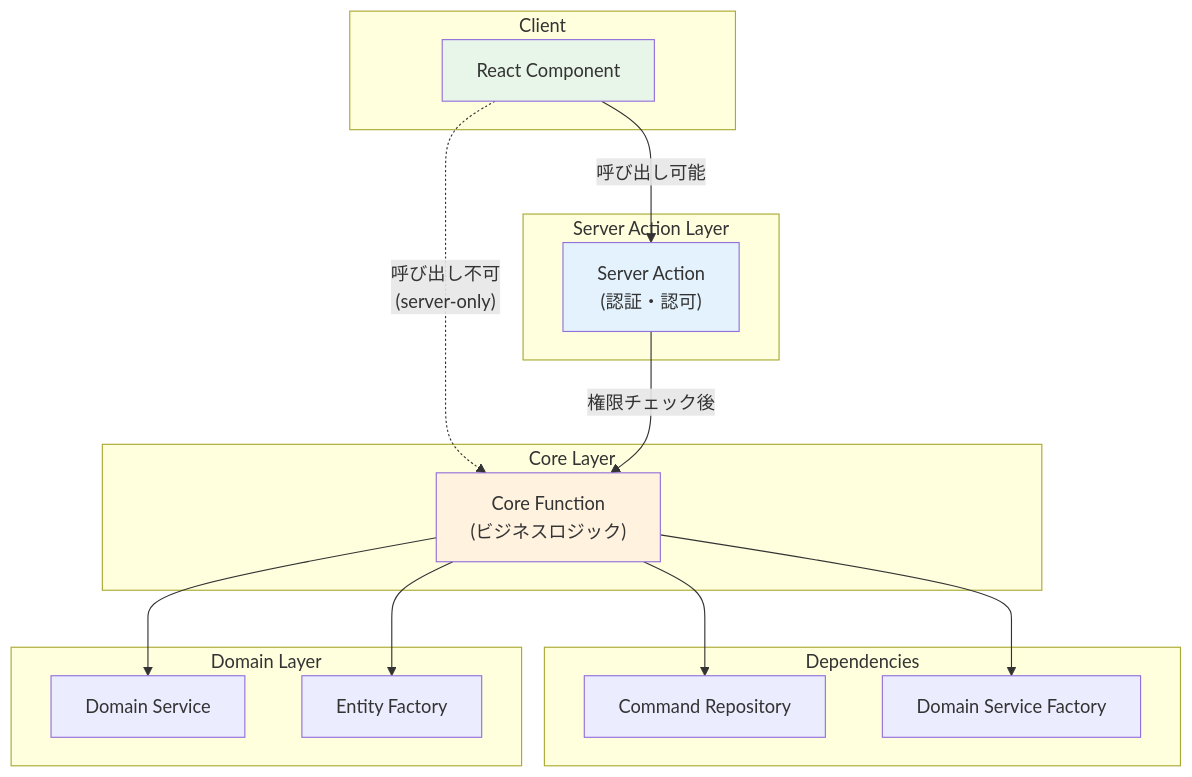
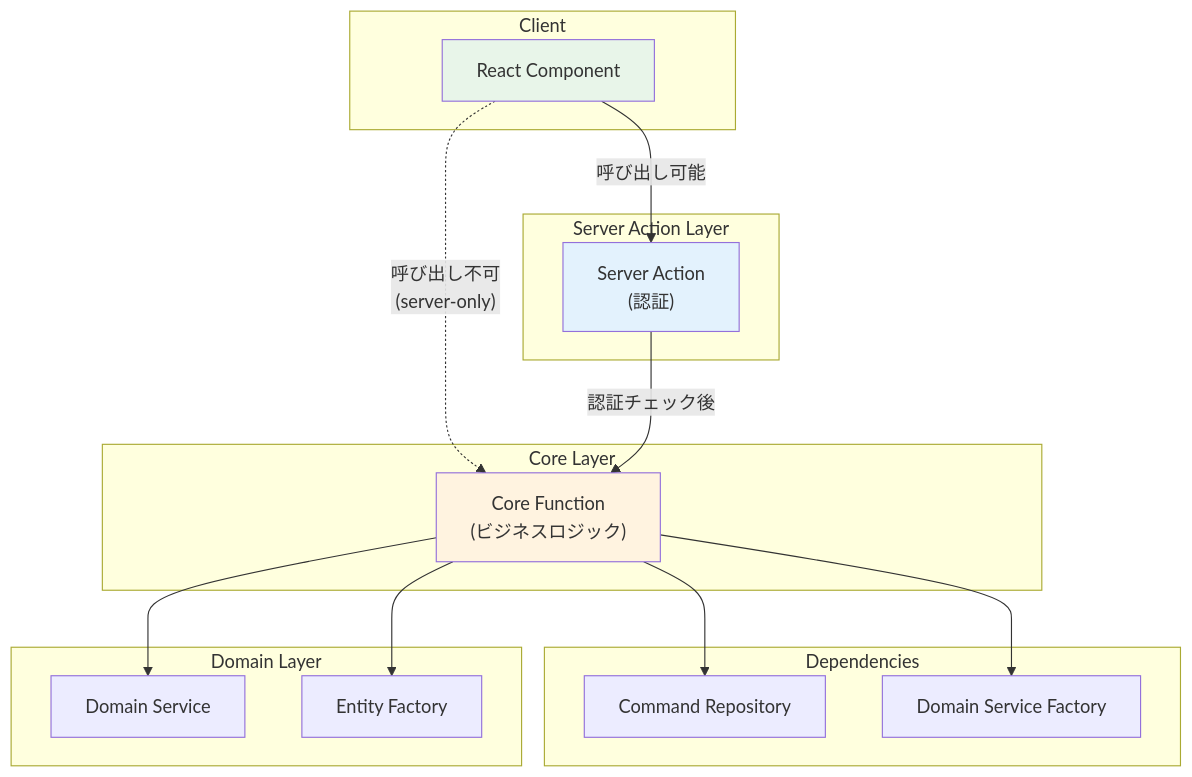
One commit to s-hirano-ist/s-private changed the fifth of 5 diagrams in docs/domain-model.md. Above: the diagram before and after it, drawn with Mermaid. The commit also changed other lines of this file and 25 other files, not shown here.

````diff
--- a/docs/domain-model.md
+++ b/docs/domain-model.md
@@ -258,36 +260,36 @@
 ```mermaid
 graph TB
     subgraph "Client"
         ClientComponent[React Component]
     end
 
     subgraph "Server Action Layer"
-        SA["Server Action<br/>(認証・認可)"]
+        SA["Server Action<br/>(認証)"]
     end
 
     subgraph "Core Layer"
         Core["Core Function<br/>(ビジネスロジック)"]
     end
 
     subgraph "Dependencies"
         Repo[Command Repository]
         DSF[Domain Service Factory]
     end
 
     subgraph "Domain Layer"
         DS[Domain Service]
         Entity[Entity Factory]
     end
 
     ClientComponent -->|"呼び出し可能"| SA
     ClientComponent -.->|"呼び出し不可<br/>(server-only)"| Core
-    SA -->|"権限チェック後"| Core
+    SA -->|"認証チェック後"| Core
     Core --> Repo
     Core --> DSF
     Core --> DS
     Core --> Entity
 
     style SA fill:#e3f2fd
     style Core fill:#fff3e0
     style ClientComponent fill:#e8f5e9
 ```
````
